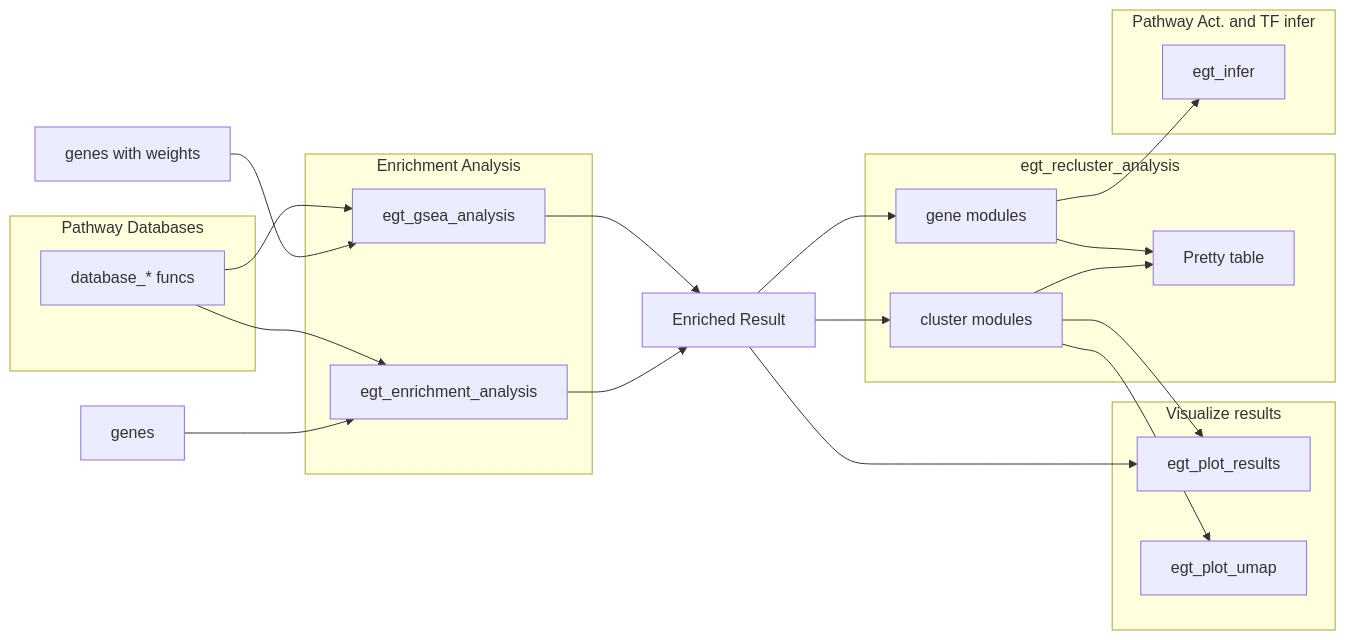
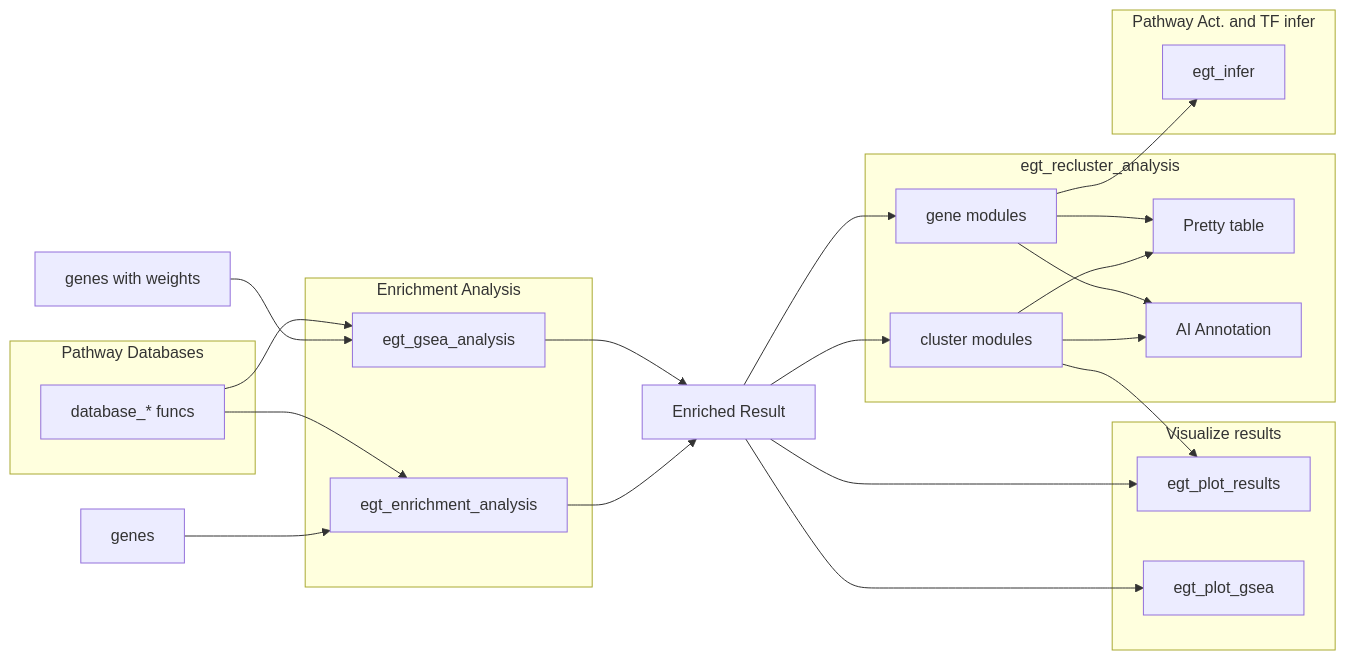
Before and after one commit to ZhimingYe/EnrichGT: the diagram in README.md, drawn with Mermaid. The commit also changed other lines of this file, not shown here.

````diff
--- a/README.md
+++ b/README.md
@@ -32,57 +34,60 @@
 ``` mermaid
 
 graph LR
     
     M[genes]
     N[genes with weights]
     
     subgraph Enrichment Analysis
         A[egt_enrichment_analysis]
         B[egt_gsea_analysis]
     end
 
     subgraph Pathway Databases
         D[database_* funcs]
     end
 
     subgraph Visualize results
         P1[egt_plot_results]
-        P2[egt_plot_umap]
+        P2[egt_plot_gsea]
     end
 
     subgraph egt_recluster_analysis
         K1[Pretty table]
+        K2[AI Annotation]
         CC[cluster modules]
         MG[gene modules]
     end
 
     subgraph Pathway Act. and TF infer 
         
         I[egt_infer]
     end
     
     M --> A
     N --> B
     
     D --> A
     D --> B
     
     A --> C[Enriched Result]
     B --> C
 
     C --> CC
     C --> MG
 
     C --> P1
 
     CC --> K1
     MG --> K1
 
+    CC --> K2
+    MG --> K2
+
     CC --> P1
-    CC --> P2
+    C --> P2
 
     MG --> I
 
 
-
 ```
````
